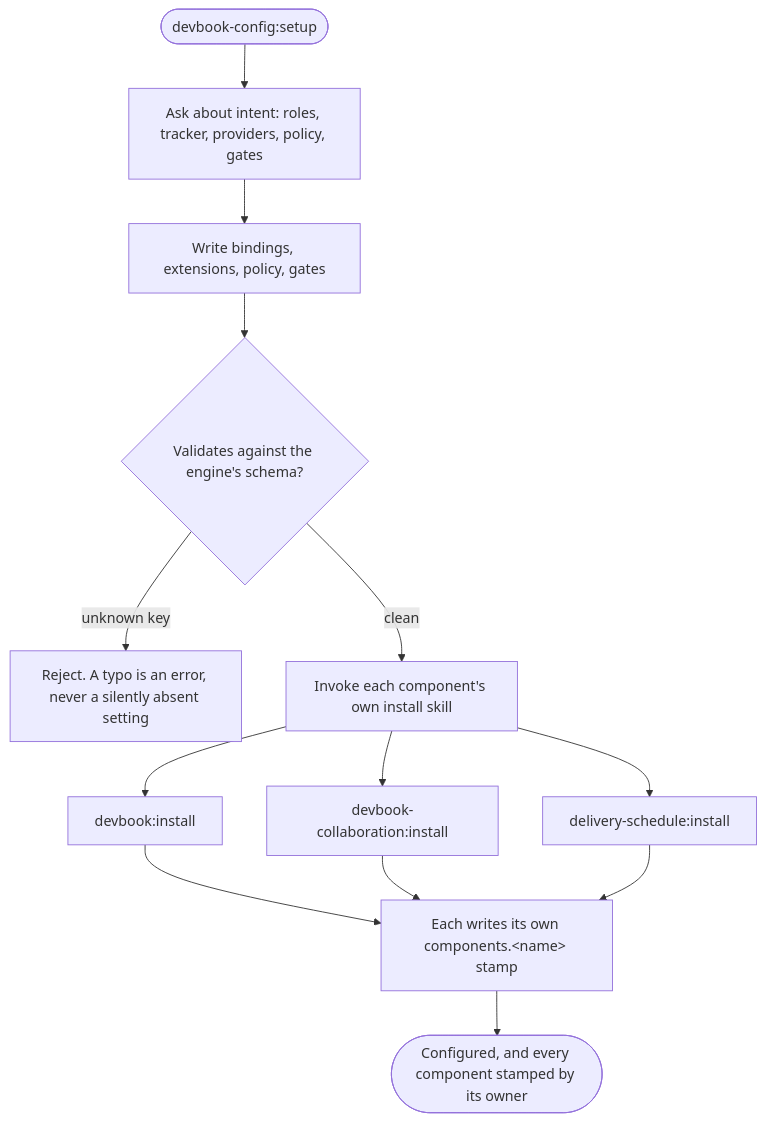
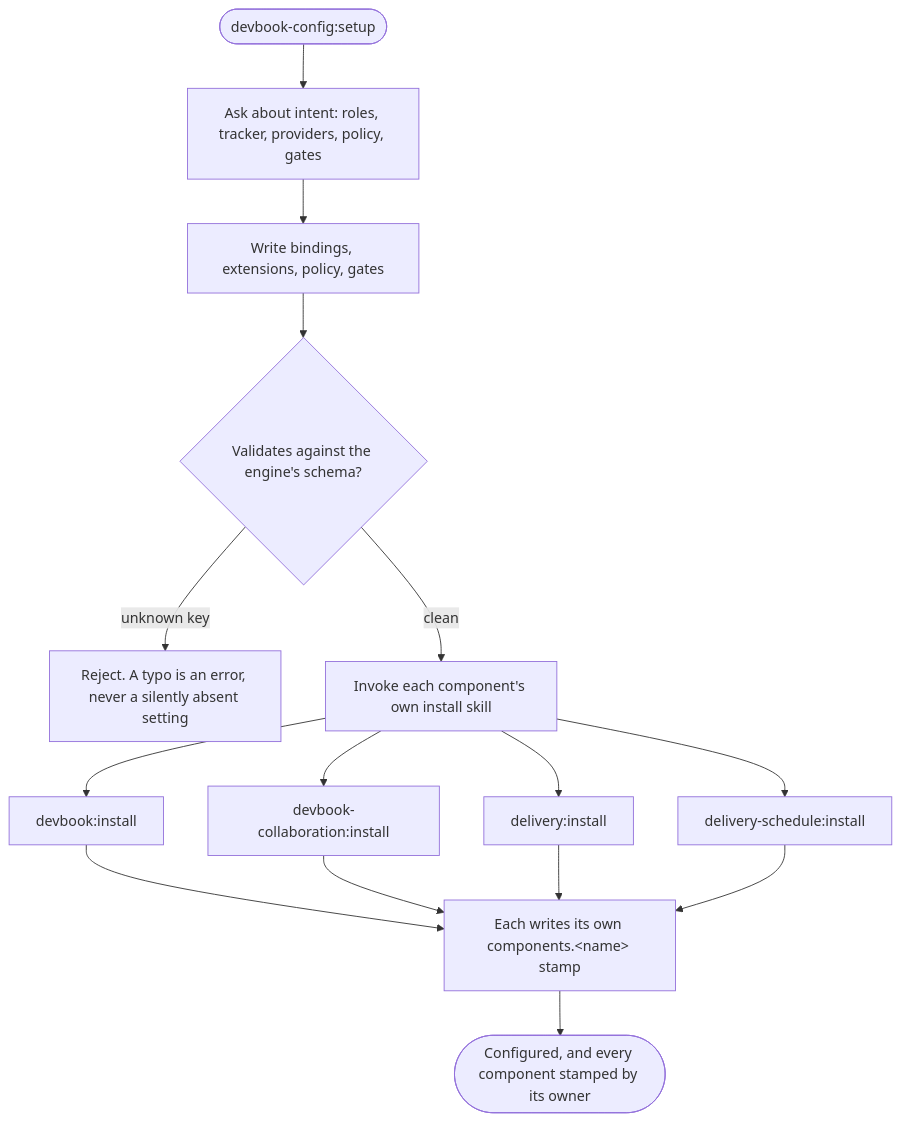
One commit to JSdotNet/ai-agent-stack changed the first of 2 diagrams in .devbook/domain/devbook-config/flow.md. Above: the diagram before and after it, drawn with Mermaid. The commit also changed 3 other files, not shown here.

````diff
--- a/.devbook/domain/devbook-config/flow.md
+++ b/.devbook/domain/devbook-config/flow.md
@@ -16,15 +16,17 @@
 ```mermaid
 flowchart TD
     start(["devbook-config:setup"]) --> intent["Ask about intent: roles, tracker, providers, policy, gates"]
     intent --> keys["Write bindings, extensions, policy, gates"]
     keys --> validate{"Validates against the engine's schema?"}
     validate -->|"unknown key"| reject["Reject. A typo is an error, never a silently absent setting"]
     validate -->|clean| fanout["Invoke each component's own install skill"]
     fanout --> devbookInstall["devbook:install"]
     fanout --> collabInstall["devbook-collaboration:install"]
+    fanout --> deliveryInstall["delivery:install"]
     fanout --> scheduleInstall["delivery-schedule:install"]
     devbookInstall --> stamps["Each writes its own components.&lt;name&gt; stamp"]
     collabInstall --> stamps
+    deliveryInstall --> stamps
     scheduleInstall --> stamps
     stamps --> done(["Configured, and every component stamped by its owner"])
 ```
````
